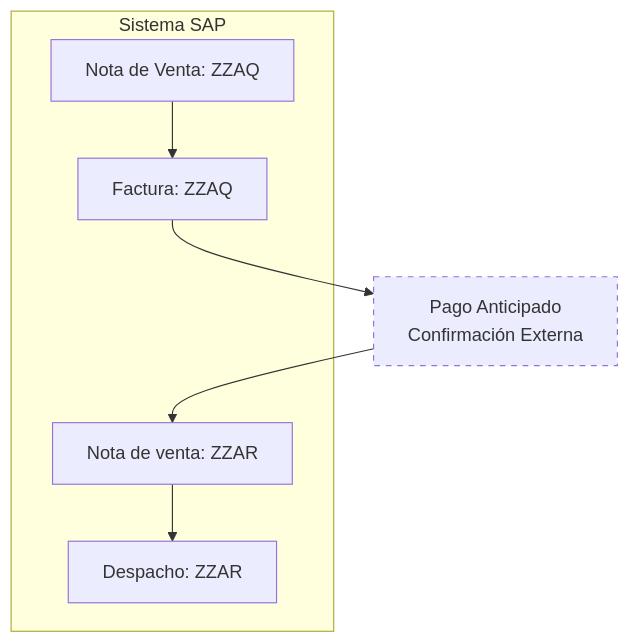
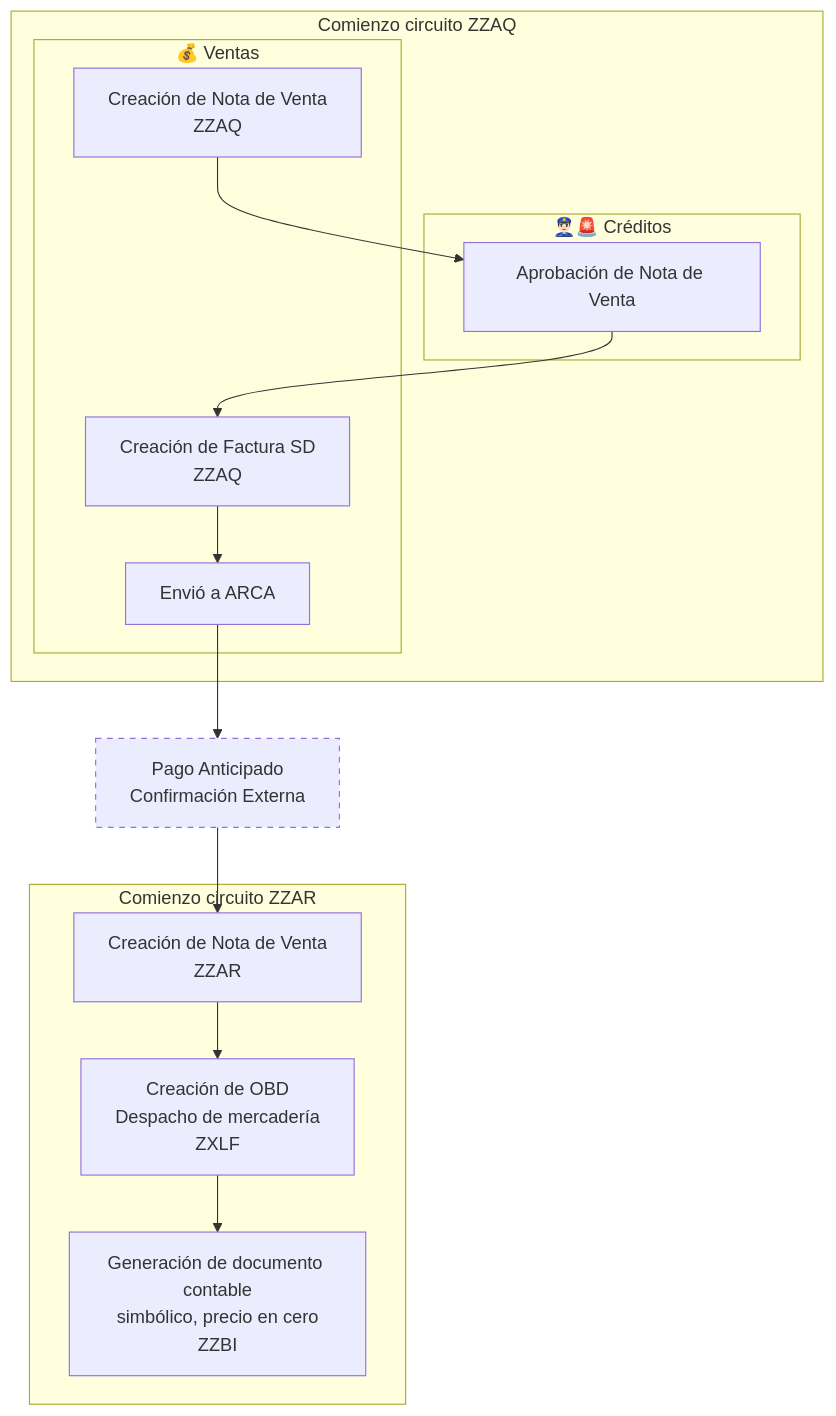
The diagram in docs/sales-and-distribution/Procesos/anticipo.md (laucha54321/sap-docs), drawn with Mermaid before and after one commit. The commit also changed other lines of this file and 15 other files, not shown here.

````diff
--- a/docs/sales-and-distribution/Procesos/anticipo.md
+++ b/docs/sales-and-distribution/Procesos/anticipo.md
@@ -14,19 +15,29 @@
 ```mermaid
-graph TD
-    A[Nota de Venta: ZZAQ] --> B[Factura: ZZAQ]
-    
-    subgraph Sistema SAP
-        A
-        B
-        D[Nota de venta: ZZAR]
-        E[Despacho: ZZAR]
-    end
-    
-    C[Pago Anticipado<br/>Confirmación Externa]
+    flowchart TD
+        subgraph zzaq ["Comienzo circuito ZZAQ"]
+            subgraph Créditos ["👮🏻‍♂️🚨 Créditos"]
+                B1[Aprobación de Nota de Venta]
+            end
+            subgraph Ventas ["💰 Ventas"]
+                A[Creación de Nota de Venta<br>ZZAQ]
+                D[Creación de Factura SD<br>ZZAQ]
+                E[Envió a ARCA]
+            end
+        end
+        subgraph zzar["Comienzo circuito ZZAR"]
+            G[Creación de Nota de Venta<br>ZZAR]
+            H[Creación de OBD <br> Despacho de mercadería<br>ZXLF]
+            I[Generación de documento contable<br>simbólico, precio en cero<br>ZZBI]
+        end
 
-    
-    B --> C
-    C --> D
-    D --> E
-    style C stroke-dasharray: 5 5
+        A --> B1
+        B1 --> D
+        D --> E
+        E --> F[Pago Anticipado<br/>Confirmación Externa]
+        F --> G
+        G --> H
+        H --> I
+        style F stroke-dasharray: 5 5
+        
+        
 ```
````
